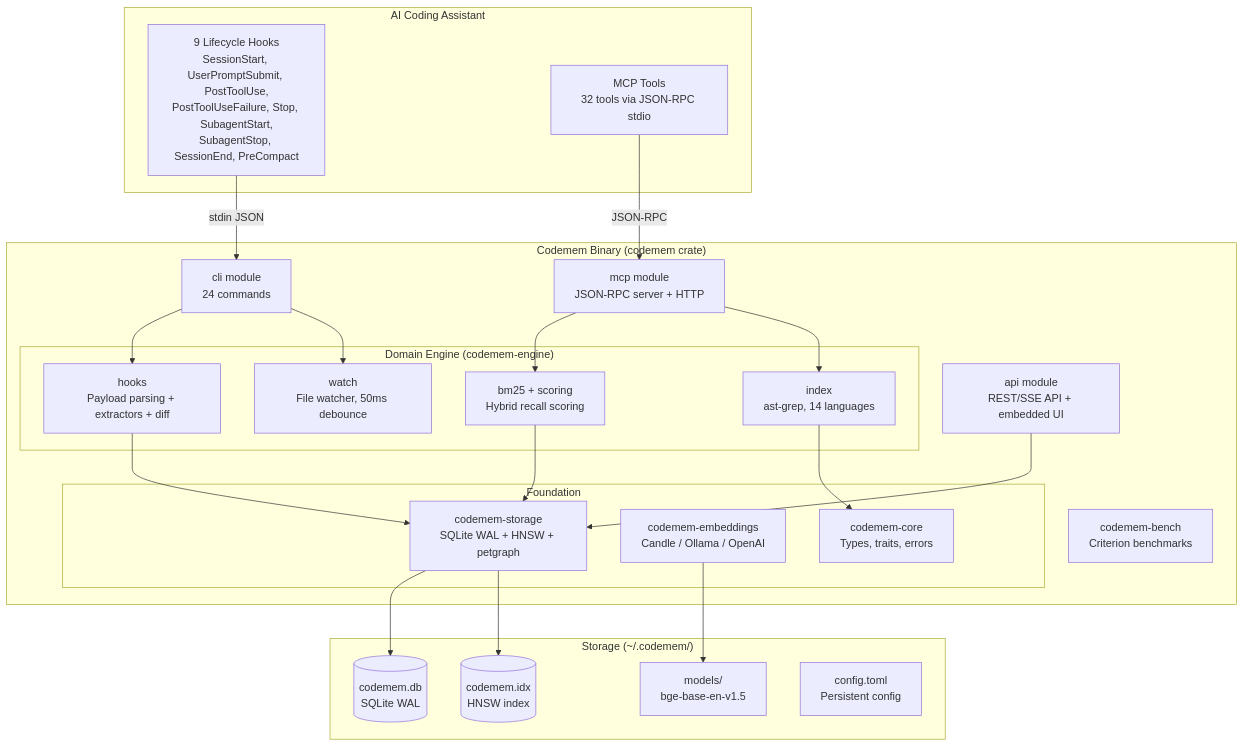
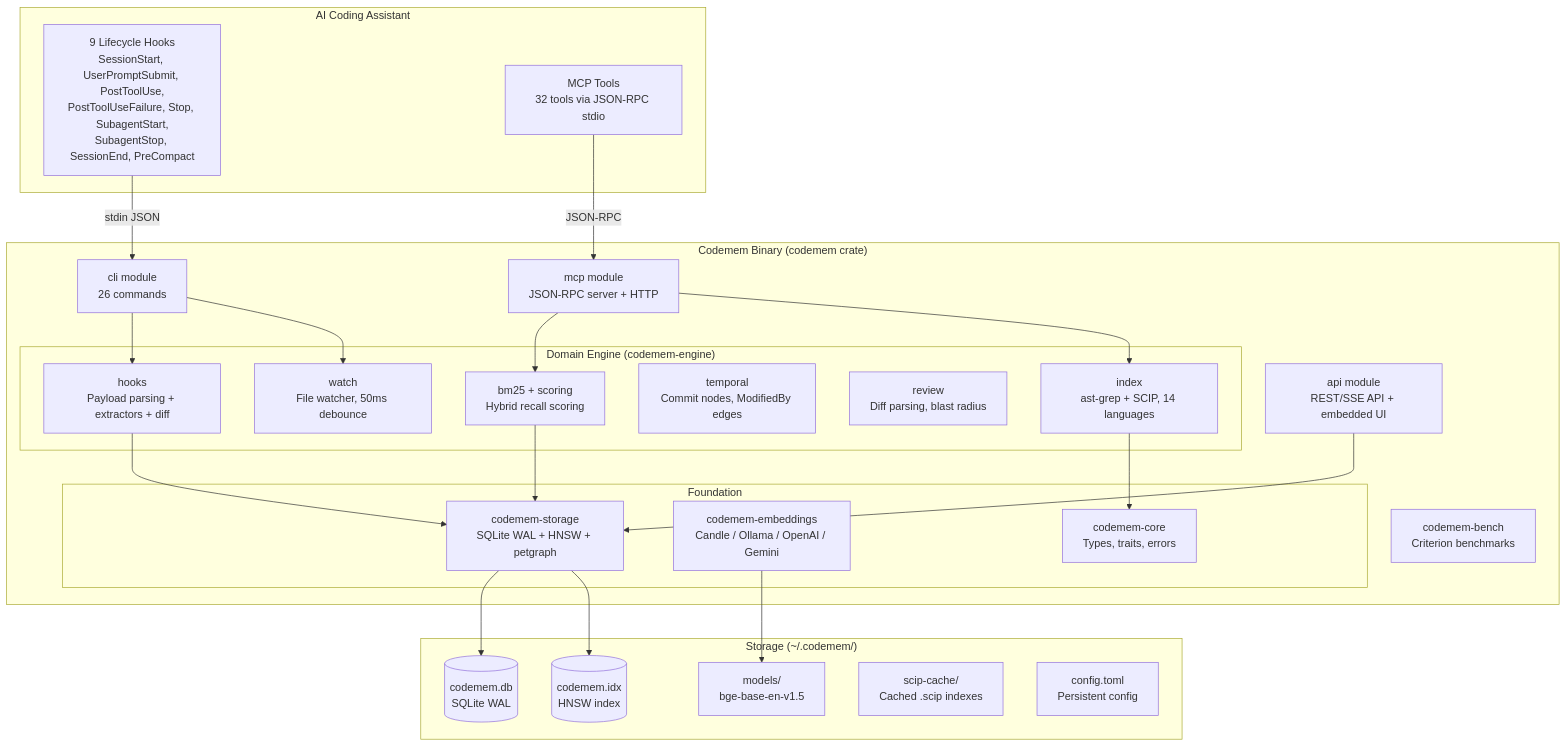
Before and after one commit to cogniplex/codemem: the first of 10 diagrams in docs/architecture.md, drawn with Mermaid. The commit also changed other lines of this file and 6 other files, not shown here.

First line of the commit message:
docs: update all docs for temporal graph, diff review, scope context, SCIP, and Gemini (#55)

````diff
--- a/docs/architecture.md
+++ b/docs/architecture.md
@@ -19,49 +25,52 @@
 ```mermaid
 graph TB
     subgraph "AI Coding Assistant"
         H[9 Lifecycle Hooks<br/>SessionStart, UserPromptSubmit, PostToolUse,<br/>PostToolUseFailure, Stop, SubagentStart,<br/>SubagentStop, SessionEnd, PreCompact]
         M[MCP Tools<br/>32 tools via JSON-RPC stdio]
     end
 
     subgraph "Codemem Binary (codemem crate)"
-        CLI[cli module<br/>24 commands]
+        CLI[cli module<br/>26 commands]
         MCP_MOD[mcp module<br/>JSON-RPC server + HTTP]
         API_MOD[api module<br/>REST/SSE API + embedded UI]
 
         subgraph "Domain Engine (codemem-engine)"
             HOOKS[hooks<br/>Payload parsing + extractors + diff]
             WATCH[watch<br/>File watcher, 50ms debounce]
-            IDX[index<br/>ast-grep, 14 languages]
+            IDX[index<br/>ast-grep + SCIP, 14 languages]
+            TEMPORAL[temporal<br/>Commit nodes, ModifiedBy edges]
+            REVIEW[review<br/>Diff parsing, blast radius]
             BM25[bm25 + scoring<br/>Hybrid recall scoring]
         end
 
         subgraph "Foundation"
             CORE[codemem-core<br/>Types, traits, errors]
-            EMB[codemem-embeddings<br/>Candle / Ollama / OpenAI]
+            EMB[codemem-embeddings<br/>Candle / Ollama / OpenAI / Gemini]
             STORE[codemem-storage<br/>SQLite WAL + HNSW + petgraph]
         end
 
         BENCH[codemem-bench<br/>Criterion benchmarks]
     end
 
     subgraph "Storage (~/.codemem/)"
         DB[(codemem.db<br/>SQLite WAL)]
         HNSW[(codemem.idx<br/>HNSW index)]
         MODEL[models/<br/>bge-base-en-v1.5]
+        SCIPCACHE[scip-cache/<br/>Cached .scip indexes]
         CONF[config.toml<br/>Persistent config]
     end
 
     H -->|stdin JSON| CLI
     M -->|JSON-RPC| MCP_MOD
     CLI --> HOOKS
     CLI --> WATCH
     MCP_MOD --> BM25
     MCP_MOD --> IDX
     API_MOD --> STORE
     HOOKS --> STORE
     BM25 --> STORE
     IDX --> CORE
     STORE --> DB
     STORE --> HNSW
     EMB --> MODEL
 ```
````
